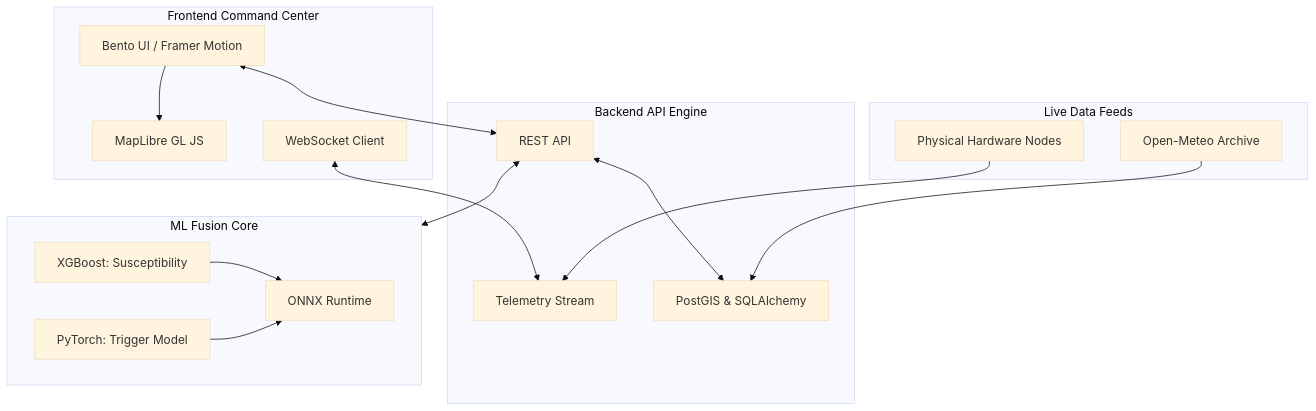
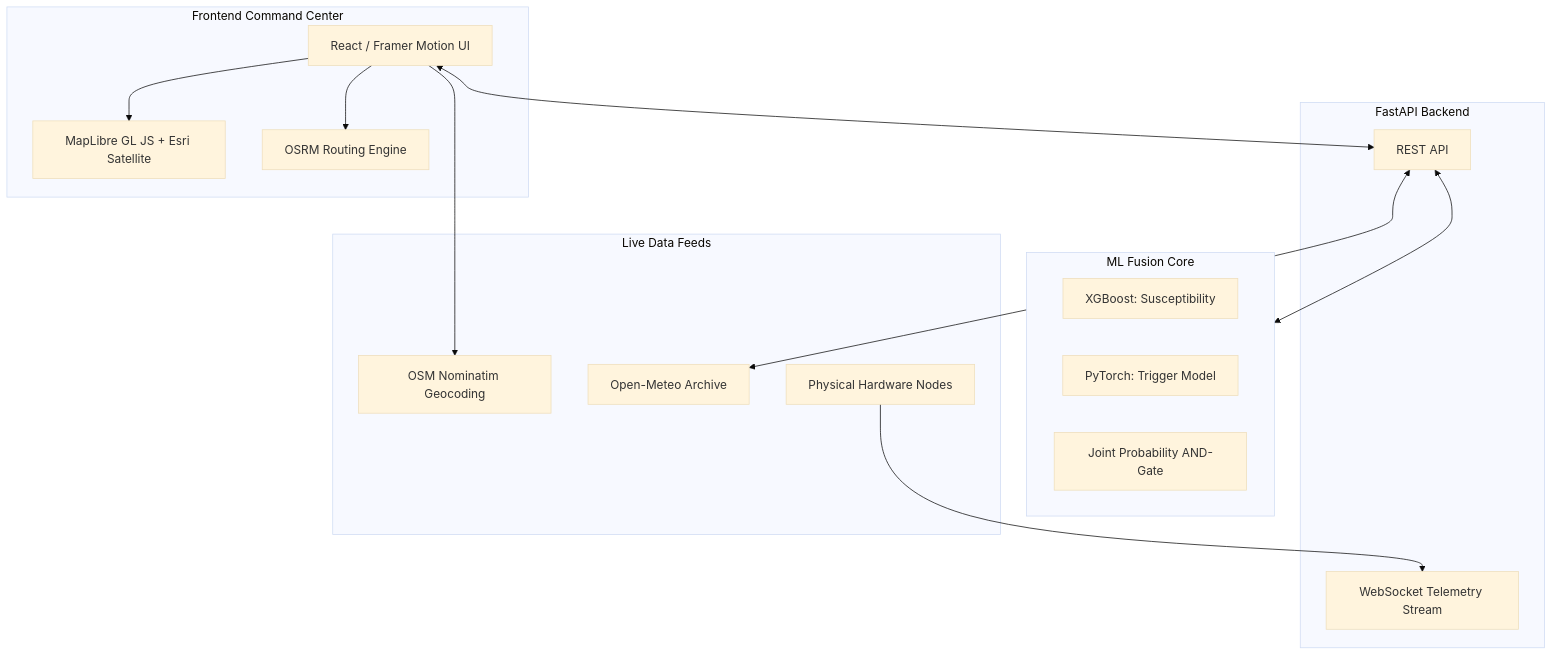
Before and after one commit to himanshu-rag/SlopeGuard: the diagram in README.md, drawn with Mermaid (base theme). The commit also changed other lines of this file, not shown here.

````diff
--- a/README.md
+++ b/README.md
@@ -28,38 +37,34 @@
 ```mermaid
 flowchart TD
     subgraph Frontend [Frontend Command Center]
-        UI["Bento UI / Framer Motion"]
-        Map["MapLibre GL JS"]
-        WS_Client["WebSocket Client"]
+        UI["React / Framer Motion UI"]
+        Map["MapLibre GL JS + Esri Satellite"]
+        OSRM["OSRM Routing Engine"]
     end
 
-    subgraph Backend [Backend API Engine]
+    subgraph Backend [FastAPI Backend]
         API["REST API"]
-        WS_Server["Telemetry Stream"]
-        DB_Layer["PostGIS & SQLAlchemy"]
+        WS_Server["WebSocket Telemetry Stream"]
     end
 
     subgraph Intelligence [ML Fusion Core]
         XGB["XGBoost: Susceptibility"]
         LSTM["PyTorch: Trigger Model"]
-        ONNX["ONNX Runtime"]
+        Fusion["Joint Probability AND-Gate"]
     end
 
     subgraph DataSources [Live Data Feeds]
+        Nominatim["OSM Nominatim Geocoding"]
         OpenMeteo["Open-Meteo Archive"]
         IoT["Physical Hardware Nodes"]
     end
 
     UI --> Map
     UI <--> API
-    WS_Client <--> WS_Server
+    UI --> Nominatim
+    UI --> OSRM
     
     API <--> Intelligence
-    API <--> DB_Layer
-    
-    XGB --> ONNX
-    LSTM --> ONNX
-    
-    OpenMeteo --> DB_Layer
+    API <--> OpenMeteo
     IoT --> WS_Server
 ```
````
